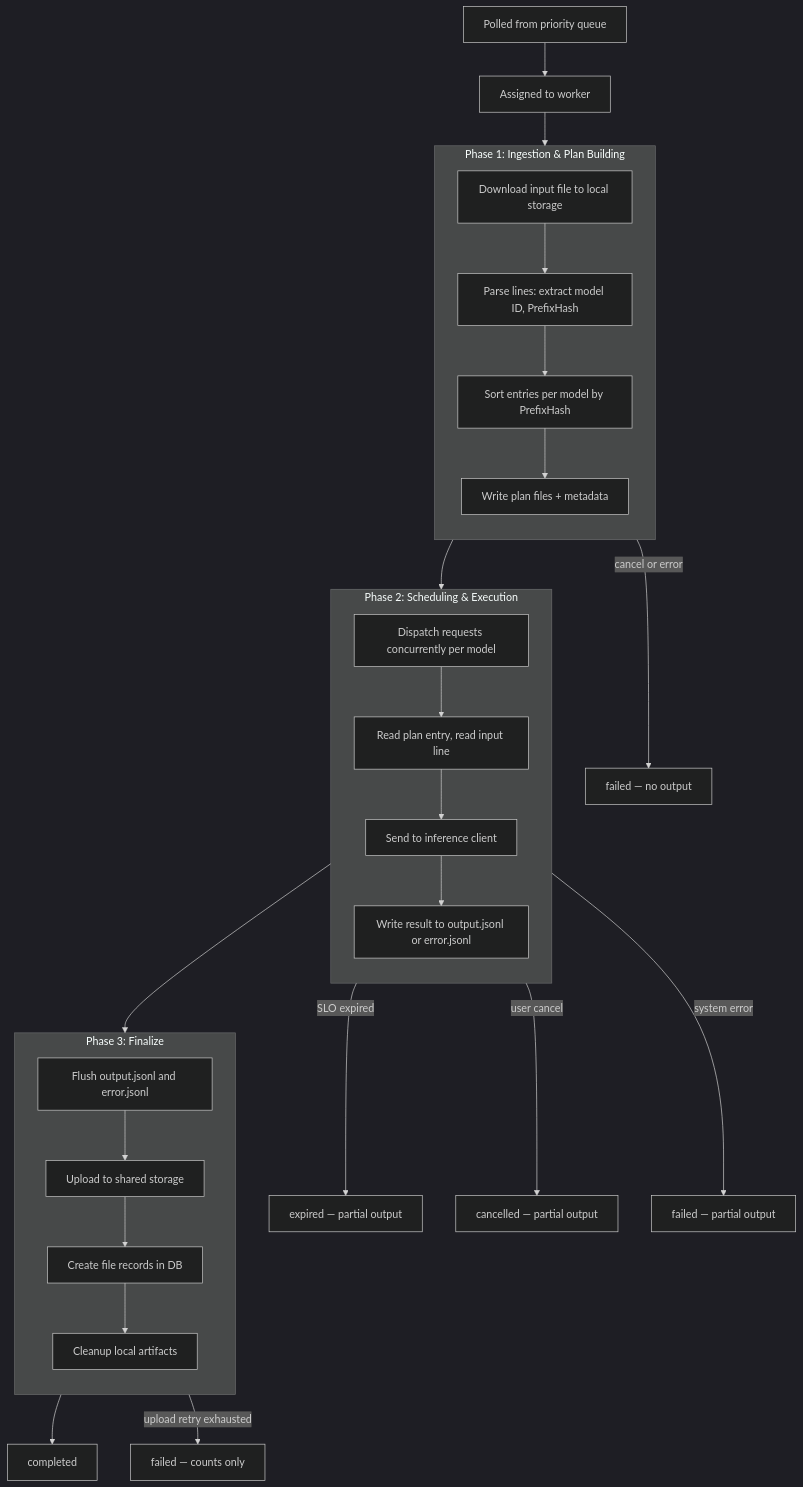
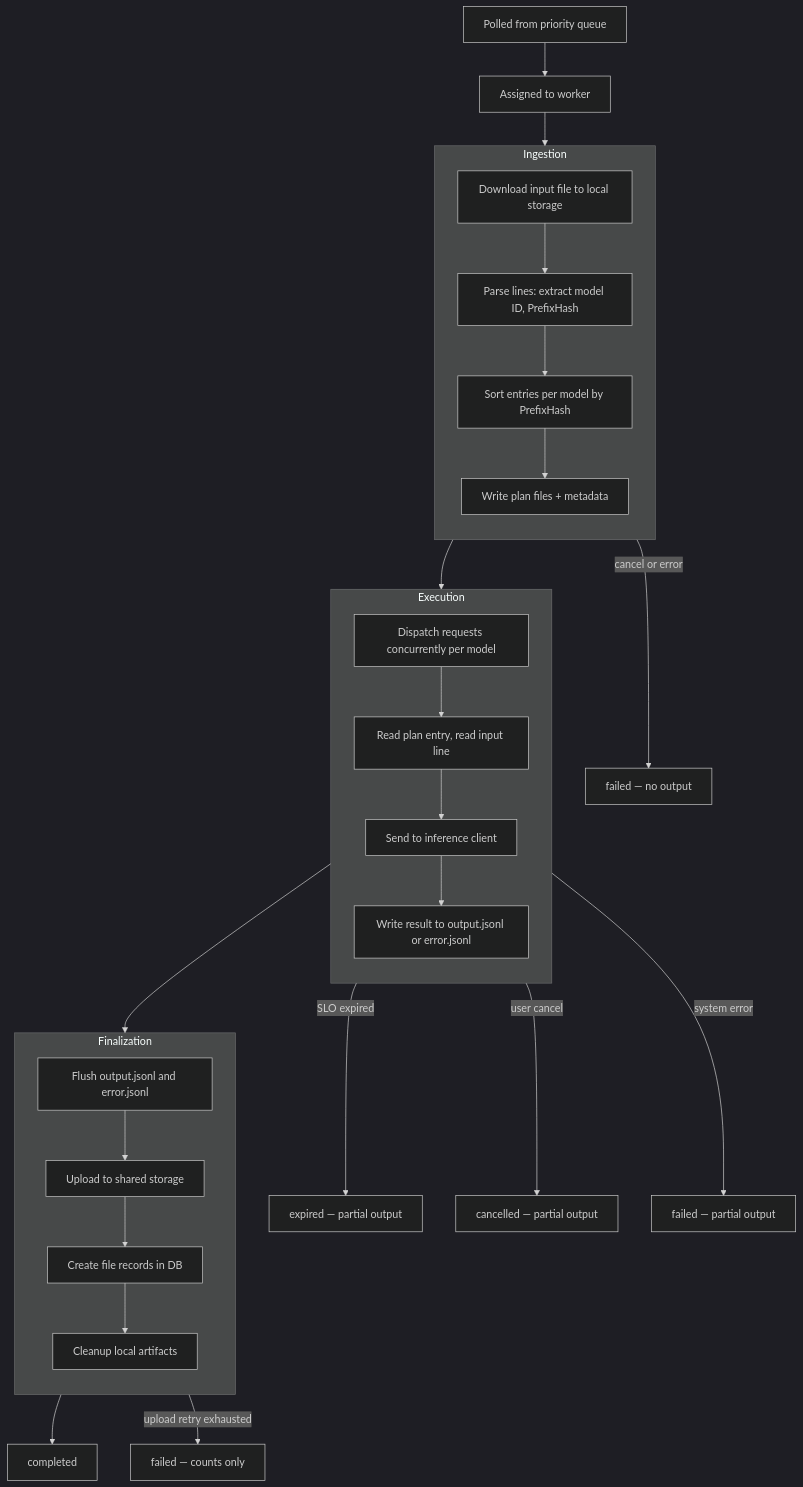
Before and after one commit to llm-d-incubation/batch-gateway: the first of 2 diagrams in docs/design/batch_processor_architecture.md, drawn with Mermaid (dark theme). The commit also changed other lines of this file and 10 other files, not shown here.

Commit message:
chore: rename Phase 1/2/3 to ingestion/execution/finalization

````diff
--- a/docs/design/batch_processor_architecture.md
+++ b/docs/design/batch_processor_architecture.md
@@ -116,41 +116,41 @@
 ```mermaid
 flowchart TD
     poll["Polled from priority queue"] --> assign["Assigned to worker"]
     assign --> phase1
 
-    subgraph phase1 ["Phase 1: Ingestion & Plan Building"]
+    subgraph phase1 ["Ingestion"]
         direction TB
         download["Download input file to local storage"]
         download --> parsePlan["Parse lines: extract model ID, PrefixHash"]
         parsePlan --> sort["Sort entries per model by PrefixHash"]
         sort --> writePlans["Write plan files + metadata"]
     end
 
     phase1 --> phase2
 
-    subgraph phase2 ["Phase 2: Scheduling & Execution"]
+    subgraph phase2 ["Execution"]
         direction TB
         dispatch["Dispatch requests concurrently per model"]
         dispatch --> readPlan["Read plan entry, read input line"]
         readPlan --> sendInfer["Send to inference client"]
         sendInfer --> writeResult["Write result to output.jsonl or error.jsonl"]
     end
 
     phase2 --> phase3
 
-    subgraph phase3 ["Phase 3: Finalize"]
+    subgraph phase3 ["Finalization"]
         direction TB
         flushFiles["Flush output.jsonl and error.jsonl"]
         flushFiles --> uploadFiles["Upload to shared storage"]
         uploadFiles --> createRecords["Create file records in DB"]
         createRecords --> cleanupLocal["Cleanup local artifacts"]
     end
 
     phase3 --> completedState["completed"]
 
     phase1 -->|"cancel or error"| failedNoOutput["failed — no output"]
     phase2 -->|"SLO expired"| expiredState["expired — partial output"]
     phase2 -->|"user cancel"| cancelledState["cancelled — partial output"]
     phase2 -->|"system error"| failedPartial["failed — partial output"]
     phase3 -->|"upload retry exhausted"| failedCounts["failed — counts only"]
 ```
````
